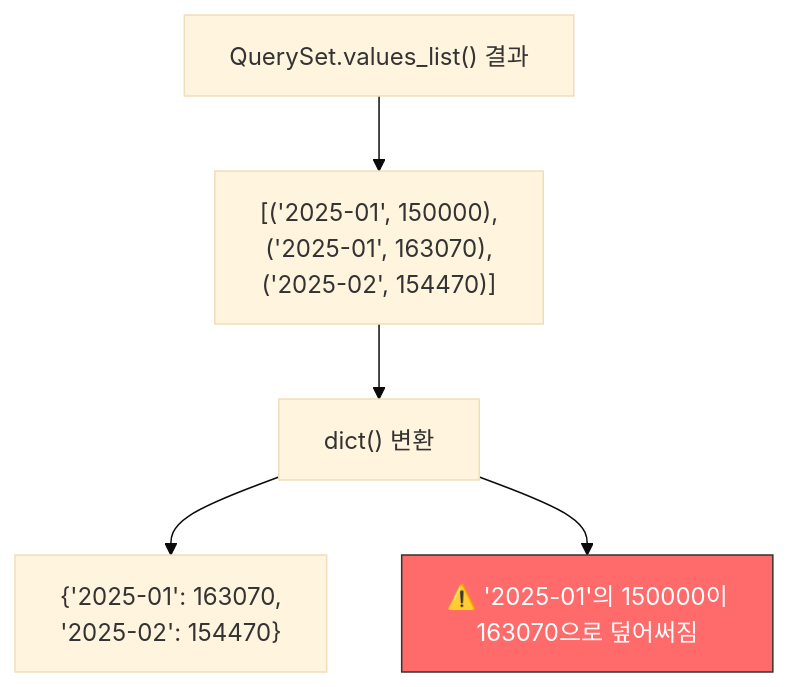
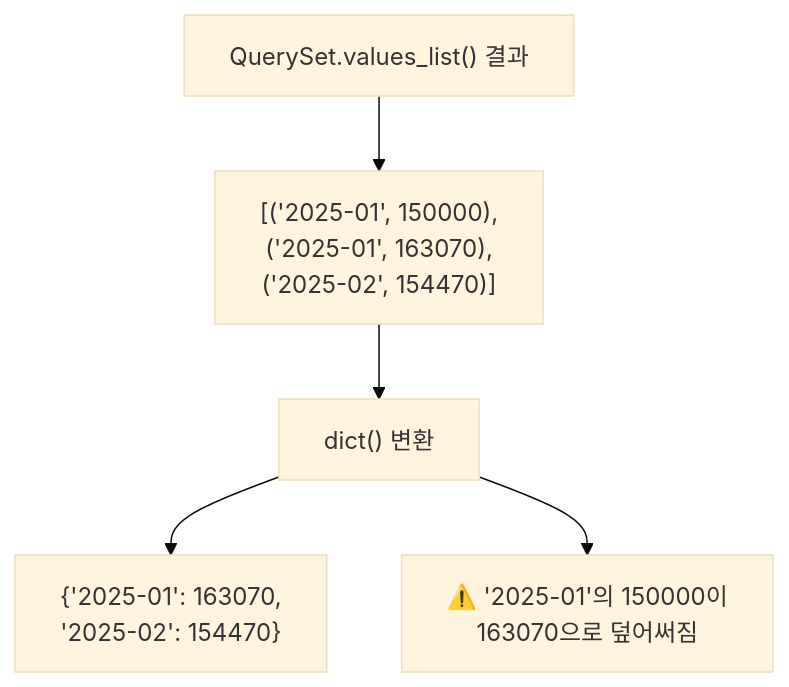
One commit to Gyubster/til changed the first of 3 diagrams in _posts/2025-11-21-python-dict-변환의-함정-금융-데이터-집계-버그.md. Above: the diagram before and after it, drawn with Mermaid (base theme). The commit also changed other lines of this file and 13 other files, not shown here.

Commit message:
Mermaid 렌더링 수정: subgraph style 명령 제거

````diff
--- a/_posts/2025-11-21-python-dict-변환의-함정-금융-데이터-집계-버그.md
+++ b/_posts/2025-11-21-python-dict-변환의-함정-금융-데이터-집계-버그.md
@@ -39,8 +39,7 @@
 ```mermaid
 flowchart TD
     A["QuerySet.values_list() 결과"] --> B["[('2025-01', 150000),<br>('2025-01', 163070),<br>('2025-02', 154470)]"]
     B --> C["dict() 변환"]
     C --> D["{'2025-01': 163070,<br>'2025-02': 154470}"]
     C --> E["⚠️ '2025-01'의 150000이<br>163070으로 덮어써짐"]
-    style E fill:#ff6b6b,stroke:#333,color:#fff
 ```
````
